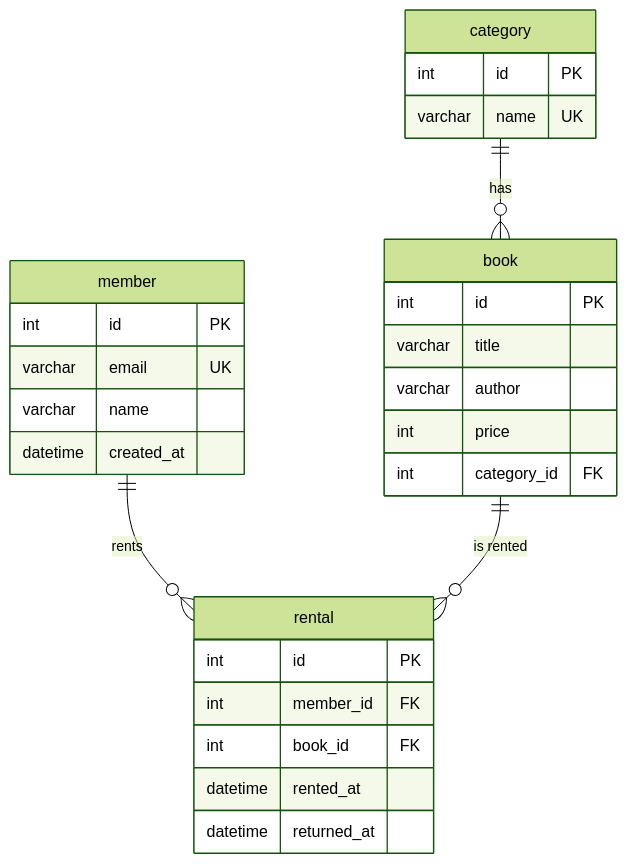
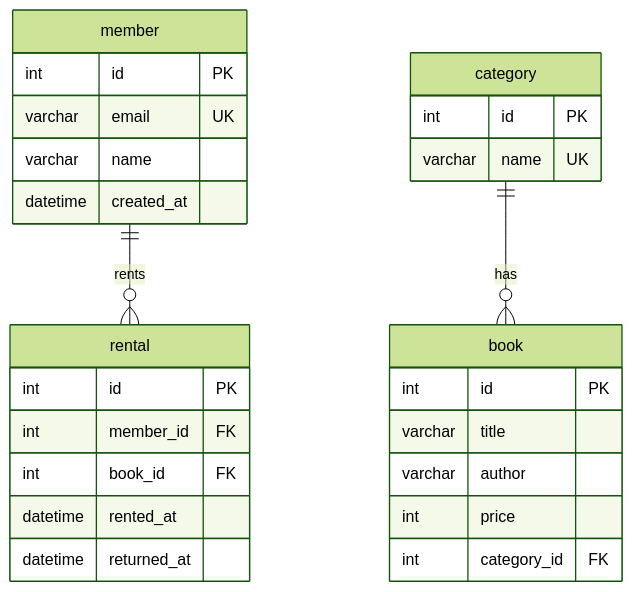
Before and after one commit to yejibaek12/B5-1: the diagram in README.md, drawn with Mermaid (forest theme). The commit also changed other lines of this file, not shown here.

Commit message:
docs: README ERD 관계선 설명 추가

````diff
--- a/README.md
+++ b/README.md
@@ -62,31 +62,30 @@
 ```mermaid
 erDiagram
     member {
         int id PK
         varchar email UK
         varchar name
         datetime created_at
     }
     category {
         int id PK
         varchar name UK
     }
     book {
         int id PK
         varchar title
         varchar author
         int price
         int category_id FK
     }
     rental {
         int id PK
         int member_id FK
         int book_id FK
         datetime rented_at
         datetime returned_at
     }
 
     category ||--o{ book : "has"
     member ||--o{ rental : "rents"
-    book ||--o{ rental : "is rented"
 ```
````
